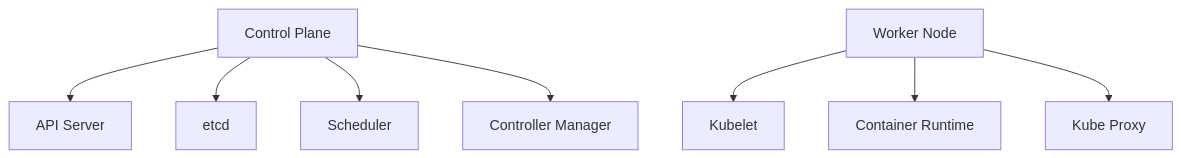
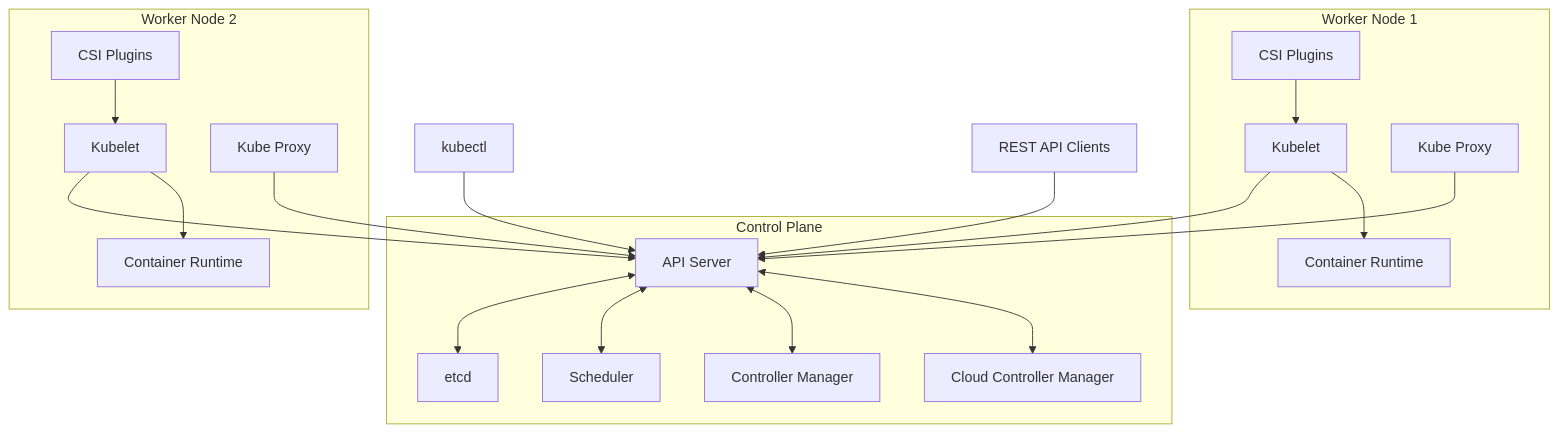
The diagram in content/3.learn-kubernetes/kubernetes/1.architecture.md (NotHarshhaa/From-Docker-to-Kubernetes), drawn with Mermaid before and after one commit. The commit also changed other lines of this file and 14 other files, not shown here.

````diff
--- a/content/3.learn-kubernetes/kubernetes/1.architecture.md
+++ b/content/3.learn-kubernetes/kubernetes/1.architecture.md
@@ -56,11 +111,26 @@
 ```mermaid
 graph TB
-    A[Control Plane] --> B[API Server]
-    A --> C[etcd]
-    A --> D[Scheduler]
-    A --> E[Controller Manager]
+    subgraph "Control Plane"
+        B[API Server] <--> C[etcd]
+        B <--> D[Scheduler]
+        B <--> E[Controller Manager]
+        B <--> CM[Cloud Controller Manager]
+    end
     
-    F[Worker Node] --> G[Kubelet]
-    F --> H[Container Runtime]
-    F --> I[Kube Proxy]
+    subgraph "Worker Node 1"
+        G1[Kubelet] --> B
+        G1 --> H1[Container Runtime]
+        I1[Kube Proxy] --> B
+        CSI1[CSI Plugins] --> G1
+    end
+    
+    subgraph "Worker Node 2"
+        G2[Kubelet] --> B
+        G2 --> H2[Container Runtime]
+        I2[Kube Proxy] --> B
+        CSI2[CSI Plugins] --> G2
+    end
+    
+    CLI[kubectl] --> B
+    API[REST API Clients] --> B
 ```
````
